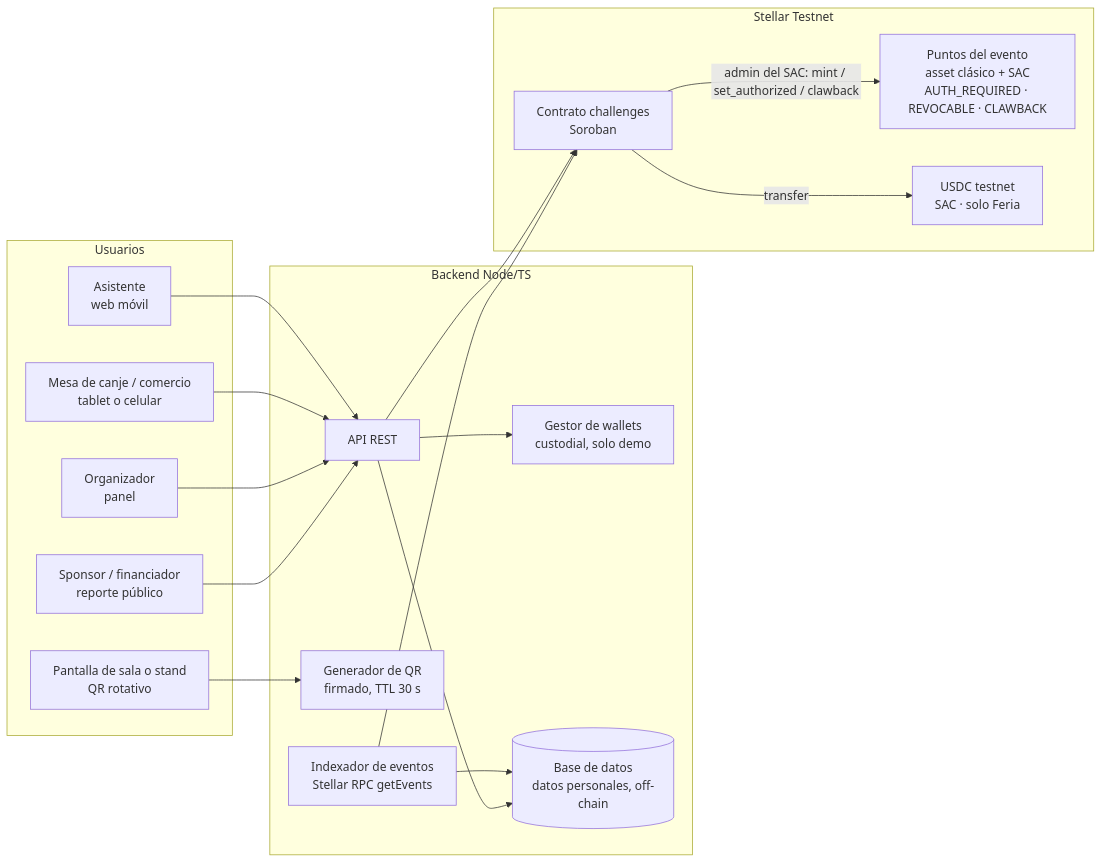
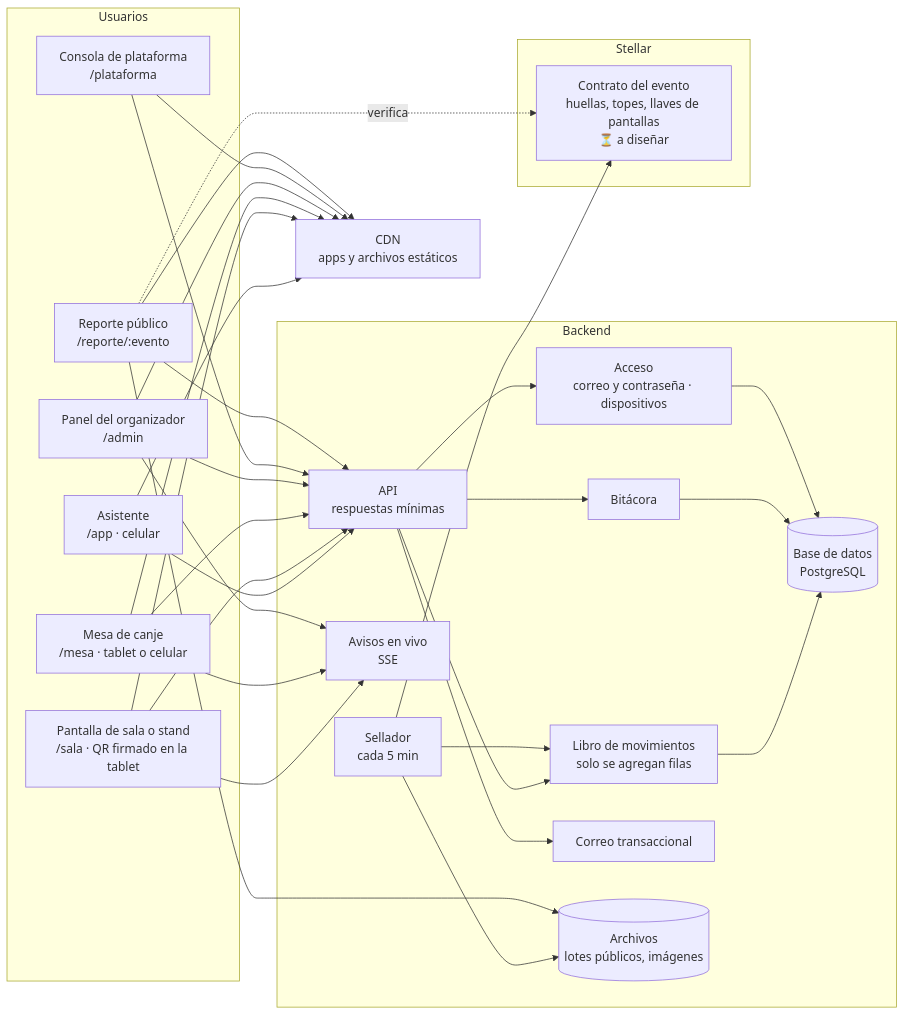
Before and after one commit to DAVV422/pasitos: the diagram in docs/04-tecnico/01-arquitectura.md, drawn with Mermaid. The commit also changed other lines of this file and 8 other files, not shown here.

````diff
--- a/docs/04-tecnico/01-arquitectura.md
+++ b/docs/04-tecnico/01-arquitectura.md
@@ -8,37 +9,40 @@
 ```mermaid
 flowchart LR
   subgraph Usuarios
-    A[Asistente<br/>web móvil]
-    S[Pantalla de sala o stand<br/>QR rotativo]
-    M[Mesa de canje / comercio<br/>tablet o celular]
-    O[Organizador<br/>panel]
-    R[Sponsor / financiador<br/>reporte público]
+    A[Asistente<br/>/app · celular]
+    S[Pantalla de sala o stand<br/>/sala · QR firmado en la tablet]
+    M[Mesa de canje<br/>/mesa · tablet o celular]
+    O[Panel del organizador<br/>/admin]
+    PL[Consola de plataforma<br/>/plataforma]
+    R[Reporte público<br/>/reporte/:evento]
   end
 
-  subgraph Backend [Backend Node/TS]
-    API[API REST]
-    QR[Generador de QR<br/>firmado, TTL 30 s]
-    W[Gestor de wallets<br/>custodial, solo demo]
-    IDX[Indexador de eventos<br/>Stellar RPC getEvents]
-    DB[(Base de datos<br/>datos personales, off-chain)]
+  CDN[CDN<br/>apps y archivos estáticos]
+
+  subgraph Backend [Backend]
+    API[API<br/>respuestas mínimas]
+    SSE[Avisos en vivo<br/>SSE]
+    AUTH[Acceso<br/>correo y contraseña · dispositivos]
+    LIB[Libro de movimientos<br/>solo se agregan filas]
+    BIT[Bitácora]
+    SEL[Sellador<br/>cada 5 min]
+    MAIL[Correo transaccional]
+    DB[(Base de datos<br/>PostgreSQL)]
+    FILES[(Archivos<br/>lotes públicos, imágenes)]
   end
 
-  subgraph Stellar [Stellar Testnet]
-    CH[Contrato challenges<br/>Soroban]
-    PTS[Puntos del evento<br/>asset clásico + SAC<br/>AUTH_REQUIRED · REVOCABLE · CLAWBACK]
-    USDC[USDC testnet<br/>SAC · solo Feria]
+  subgraph Stellar
+    CT[Contrato del evento<br/>huellas, topes, llaves de pantallas<br/>⏳ a diseñar]
   end
 
-  A --> API
-  S --> QR
-  M --> API
-  O --> API
-  R --> API
-  API --> W
-  API --> CH
-  CH -- admin del SAC: mint / set_authorized / clawback --> PTS
-  CH -- transfer --> USDC
-  IDX --> CH
-  IDX --> DB
-  API --> DB
+  A & S & M & O & PL & R --> CDN
+  A & S & M & O & PL & R --> API
+  S & M & O --> SSE
+  API --> AUTH & LIB & BIT & MAIL
+  LIB & BIT & AUTH --> DB
+  SEL --> LIB
+  SEL --> CT
+  SEL --> FILES
+  R --> FILES
+  R -. verifica .-> CT
 ```
````
